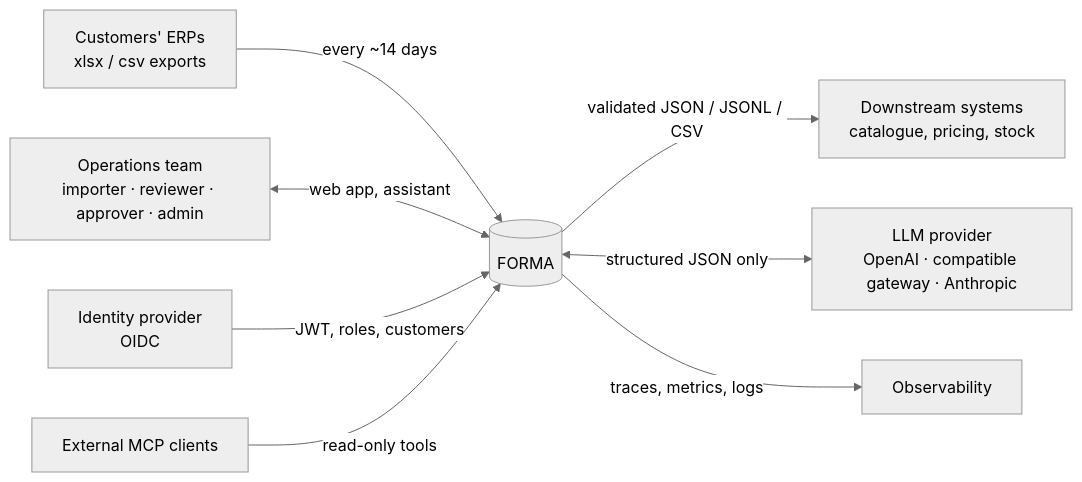
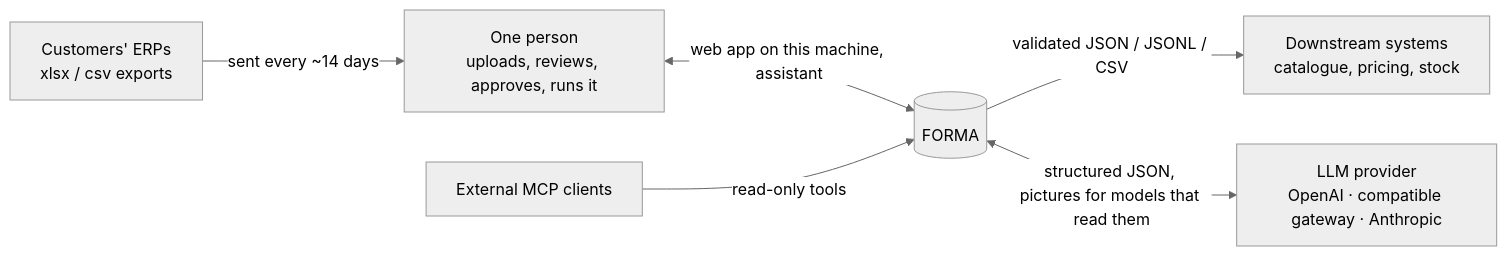
Before and after one commit to BeatChalongrat/Forma: the first of 20 diagrams in docs/SYSTEM_FLOWS.md, drawn with Mermaid (neutral theme). The commit also changed other lines of this file and 11 other files, not shown here.

First line of the commit message:
docs: flows and stories for one person on one machine

````diff
--- a/docs/SYSTEM_FLOWS.md
+++ b/docs/SYSTEM_FLOWS.md
@@ -12,10 +15,8 @@
 ```mermaid
 flowchart LR
-  C[Customers' ERPs<br/>xlsx / csv exports] -->|every ~14 days| U[(FORMA)]
-  O[Operations team<br/>importer · reviewer · approver · admin] <-->|web app, assistant| U
+  C[Customers' ERPs<br/>xlsx / csv exports] -->|sent every ~14 days| P[One person<br/>uploads, reviews, approves, runs it]
+  P <-->|web app on this machine, assistant| U[(FORMA)]
   U -->|validated JSON / JSONL / CSV| D[Downstream systems<br/>catalogue, pricing, stock]
-  U <-->|structured JSON only| L[LLM provider<br/>OpenAI · compatible gateway · Anthropic]
-  U -->|traces, metrics, logs| M[Observability]
-  I[Identity provider<br/>OIDC] -->|JWT, roles, customers| U
+  U <-->|structured JSON, pictures for models that read them| L[LLM provider<br/>OpenAI · compatible gateway · Anthropic]
   X[External MCP clients] -->|read-only tools| U
 ```
````
